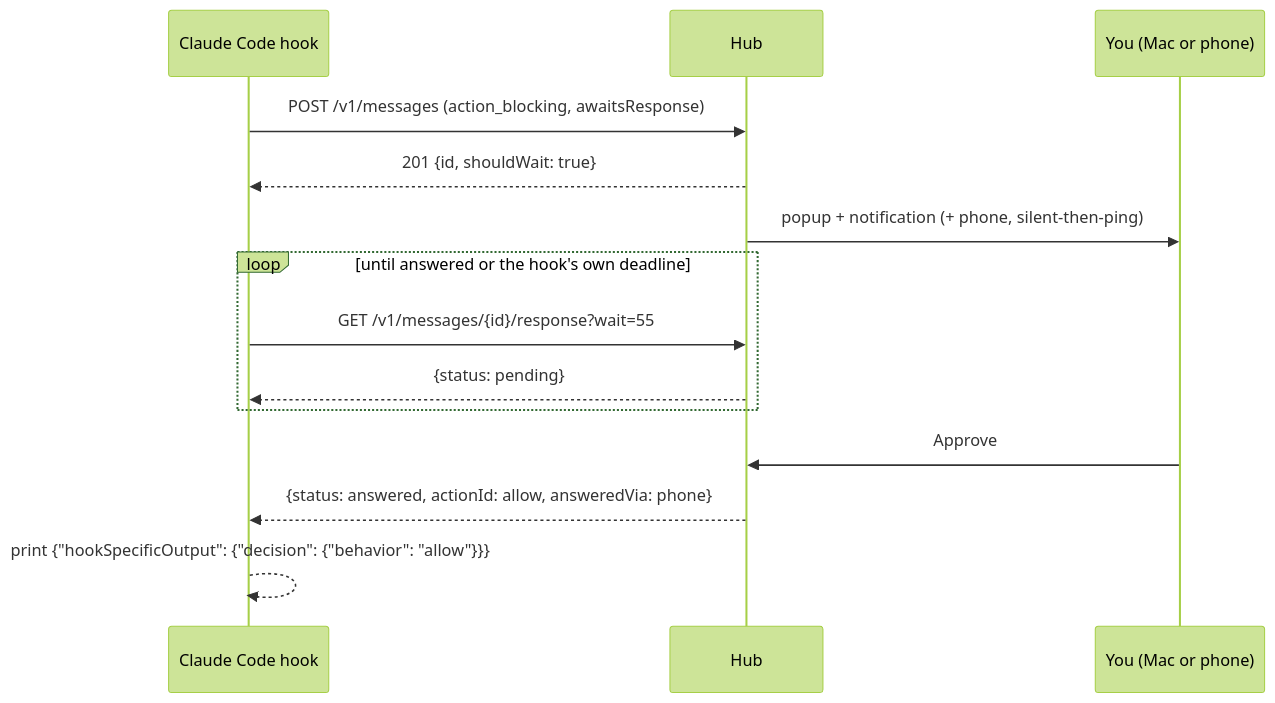
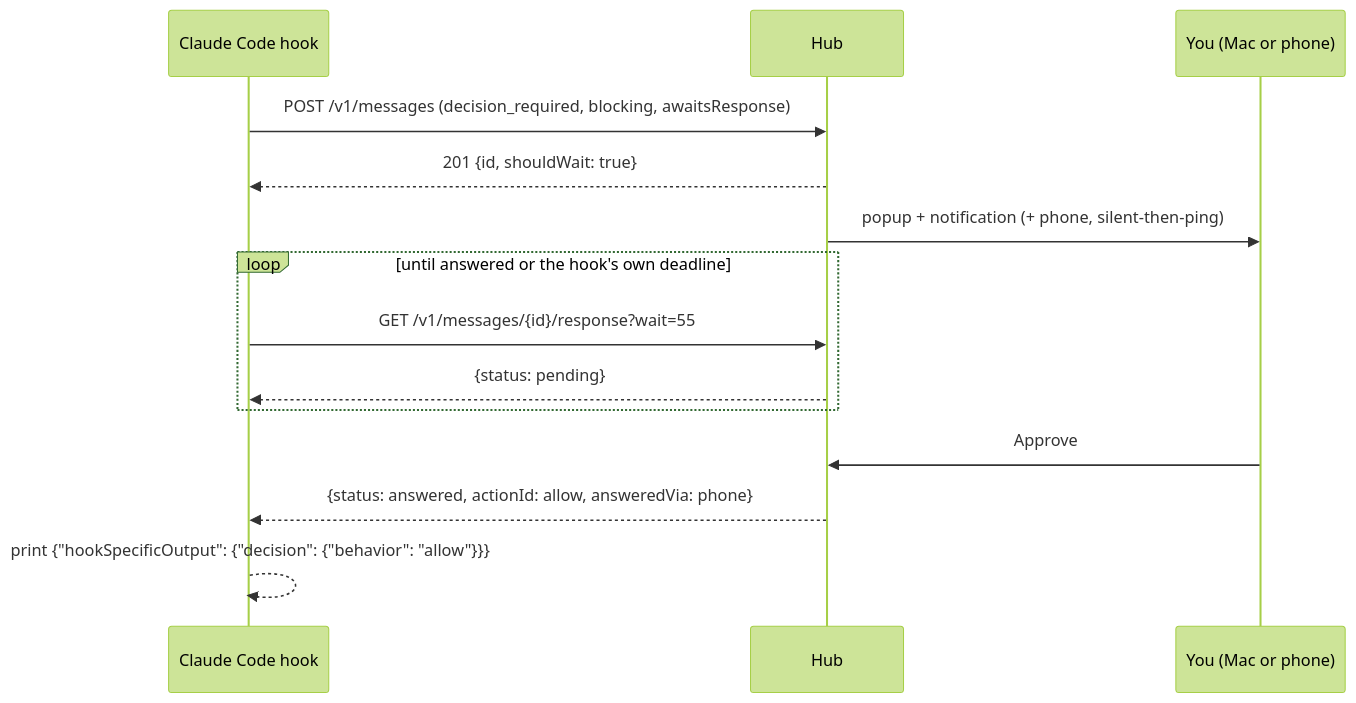
Before and after one commit to Eiluviann/gentbox: the third of 3 diagrams in docs/architecture.md, drawn with Mermaid (forest theme). The commit also changed other lines of this file and 17 other files, not shown here.

````diff
--- a/docs/architecture.md
+++ b/docs/architecture.md
@@ -303,16 +342,16 @@
 ```mermaid
 sequenceDiagram
   participant H as Claude Code hook
   participant N as Hub
   participant U as You (Mac or phone)
-  H->>N: POST /v1/messages (action_blocking, awaitsResponse)
+  H->>N: POST /v1/messages (decision_required, blocking, awaitsResponse)
   N-->>H: 201 {id, shouldWait: true}
   N->>U: popup + notification (+ phone, silent-then-ping)
   loop until answered or the hook's own deadline
     H->>N: GET /v1/messages/{id}/response?wait=55
     N-->>H: {status: pending}
   end
   U->>N: Approve
   N-->>H: {status: answered, actionId: allow, answeredVia: phone}
   H-->>H: print {"hookSpecificOutput": {"decision": {"behavior": "allow"}}}
 ```
````
